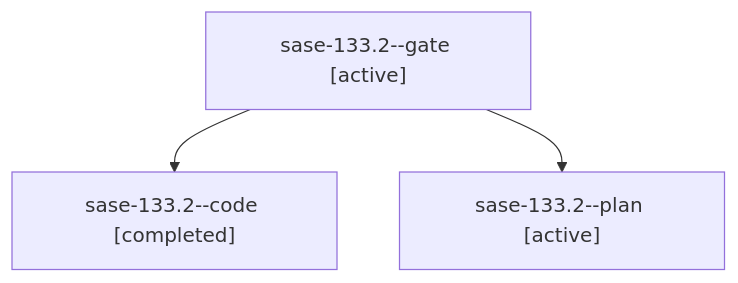
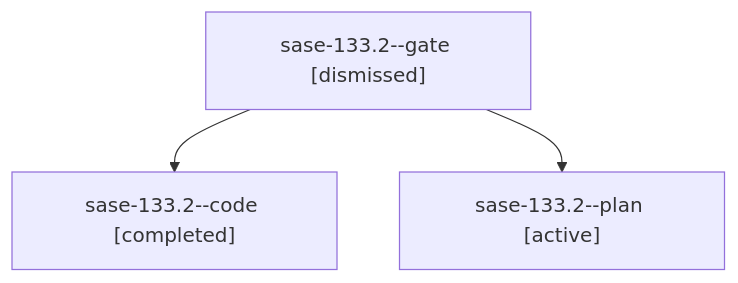
One commit to sase-org/sase--agents changed the diagram in sessions/bbugyi200.athena.sase-133.2.md. Above: the diagram before and after it, drawn with Mermaid. The commit also changed other lines of this file and 219 other files, not shown here.

````diff
--- a/sessions/bbugyi200.athena.sase-133.2.md
+++ b/sessions/bbugyi200.athena.sase-133.2.md
@@ -9,8 +9,8 @@
 ```mermaid
 flowchart TD
-  n0["sase-133.2--gate [active]"]
+  n0["sase-133.2--gate [dismissed]"]
   n1["sase-133.2--code [completed]"]
   n0 --> n1
   n2["sase-133.2--plan [active]"]
   n0 --> n2
 ```
````
